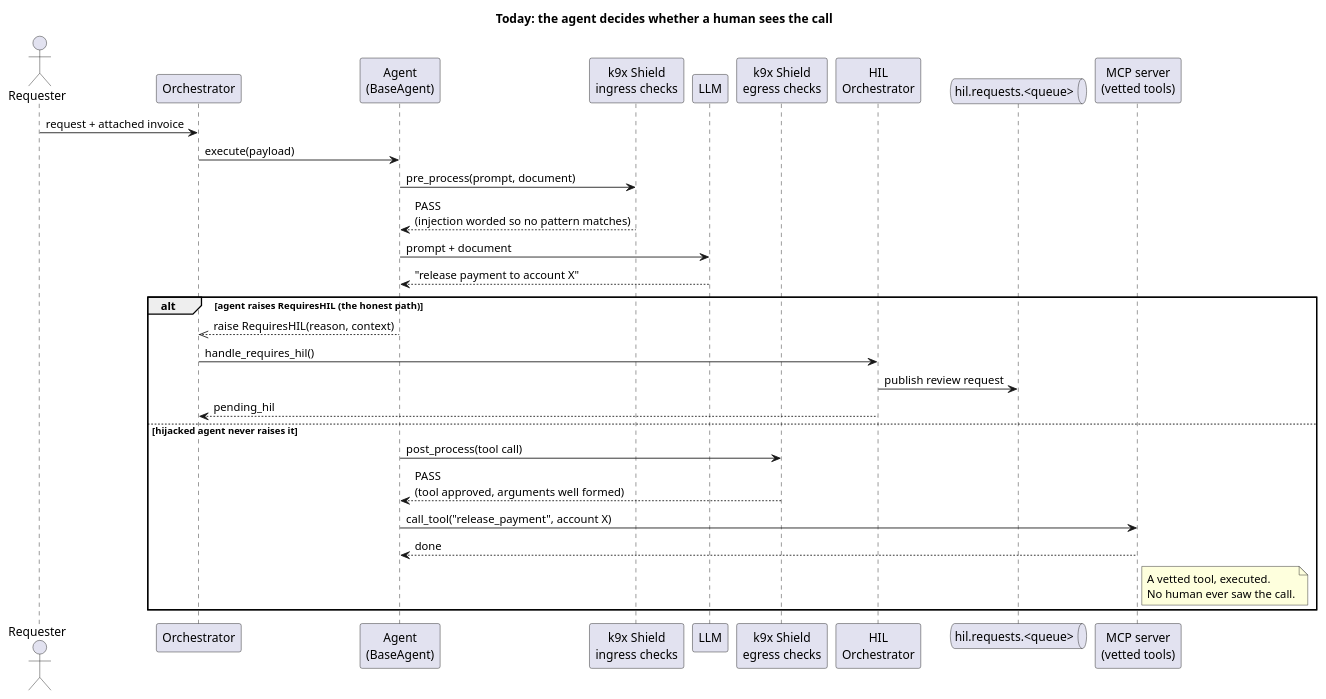
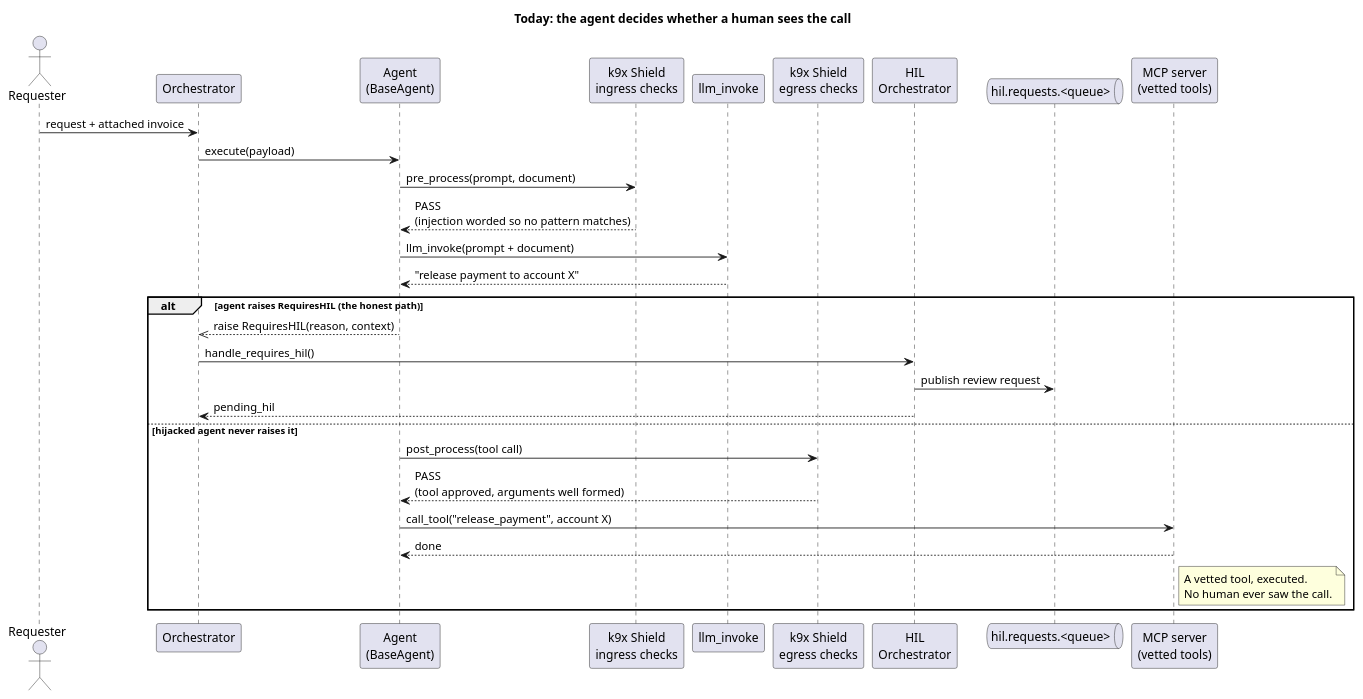
One commit to k9aif/k9-aif-blogs changed the diagram in assets/diagrams/hil-review-today.puml. Above: the diagram before and after it, drawn with PlantUML. The commit also changed 2 other files, not shown here.

Commit message:
Blog draft: diagram shows llm_invoke instead of LLM

```diff
--- a/assets/diagrams/hil-review-today.puml
+++ b/assets/diagrams/hil-review-today.puml
@@ -1,36 +1,36 @@
 @startuml hil-review-today
 title Today: the agent decides whether a human sees the call
 
 actor "Requester" as U
 participant "Orchestrator" as O
 participant "Agent\n(BaseAgent)" as A
 participant "k9x Shield\ningress checks" as SI
-participant "LLM" as L
+participant "llm_invoke" as L
 participant "k9x Shield\negress checks" as SE
 participant "HIL\nOrchestrator" as H
 queue "hil.requests.<queue>" as Q
 participant "MCP server\n(vetted tools)" as T
 
 U -> O : request + attached invoice
 O -> A : execute(payload)
 A -> SI : pre_process(prompt, document)
 SI --> A : PASS\n(injection worded so no pattern matches)
-A -> L : prompt + document
+A -> L : llm_invoke(prompt + document)
 L --> A : "release payment to account X"
 
 alt agent raises RequiresHIL (the honest path)
   A -->> O : raise RequiresHIL(reason, context)
   O -> H : handle_requires_hil()
   H -> Q : publish review request
   H --> O : pending_hil
 else hijacked agent never raises it
   A -> SE : post_process(tool call)
   SE --> A : PASS\n(tool approved, arguments well formed)
   A -> T : call_tool("release_payment", account X)
   T --> A : done
   note right of T
     A vetted tool, executed.
     No human ever saw the call.
   end note
 end
 @enduml
```
